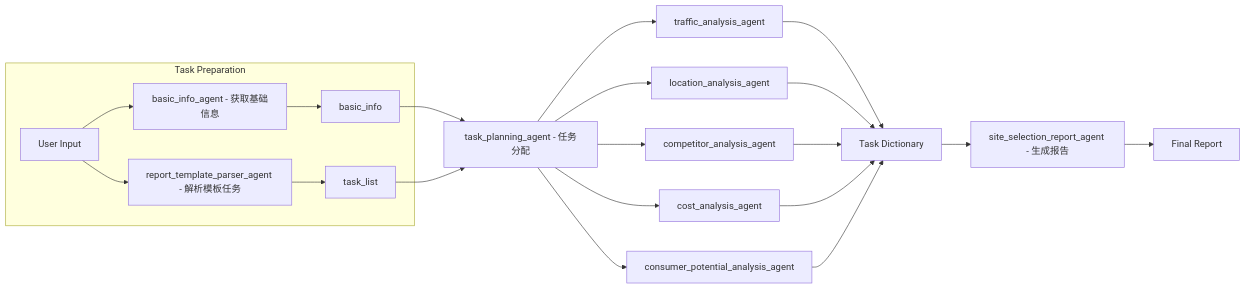
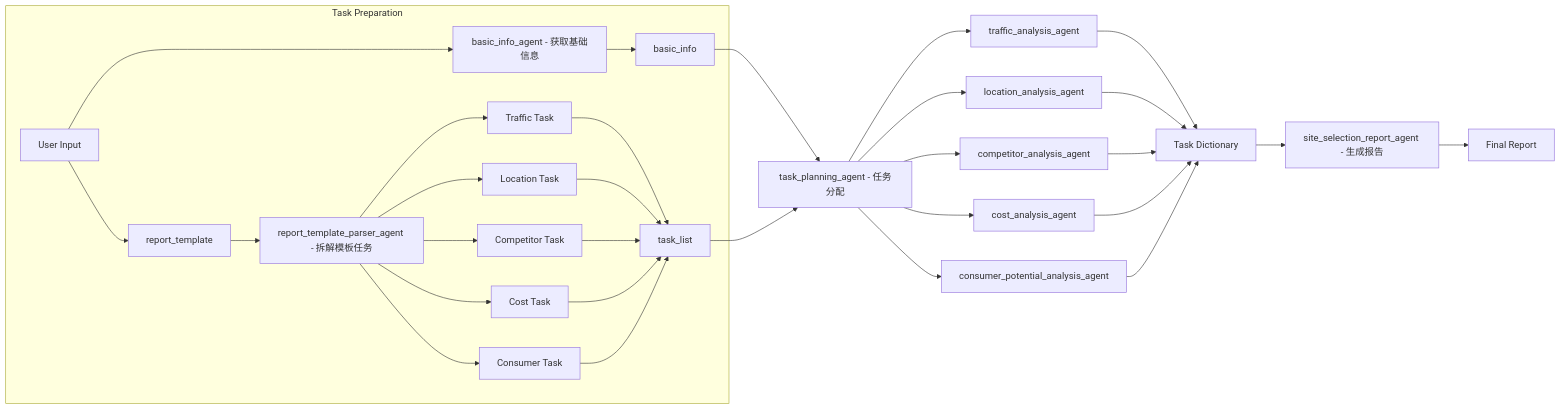
Before and after one commit to SLYASINLK/auto_report_generation: the diagram in README.md, drawn with Mermaid.

````diff
--- a/README.md
+++ b/README.md
@@ -12,30 +12,40 @@
 ```mermaid
 graph LR
 
     subgraph Task Preparation
-        A[User Input]
-        A --> B[basic_info_agent - 获取基础信息]
-        A --> D[report_template_parser_agent - 解析模板任务]
+        A[User Input] --> B[basic_info_agent - 获取基础信息]
+        A --> D1[report_template] --> D2[report_template_parser_agent - 拆解模板任务]
 
-        B --> F1[basic_info]
-        D --> F2[task_list]
+        B --> X[basic_info]
+
+        D2 --> E1[Traffic Task]
+        D2 --> E2[Location Task]
+        D2 --> E3[Competitor Task]
+        D2 --> E4[Cost Task]
+        D2 --> E5[Consumer Task]
+
+        E1 --> Y[task_list]
+        E2 --> Y
+        E3 --> Y
+        E4 --> Y
+        E5 --> Y
     end
 
-    F1 --> F[task_planning_agent - 任务分配]
-    F2 --> F
+    X --> F[task_planning_agent - 任务分配]
+    Y --> F
 
     F --> G1[traffic_analysis_agent]
     F --> G2[location_analysis_agent]
     F --> G3[competitor_analysis_agent]
     F --> G4[cost_analysis_agent]
     F --> G5[consumer_potential_analysis_agent]
 
     G1 --> T[Task Dictionary]
     G2 --> T
     G3 --> T
     G4 --> T
     G5 --> T
 
     T --> H[site_selection_report_agent - 生成报告]
     H --> I[Final Report]
 ```
````
